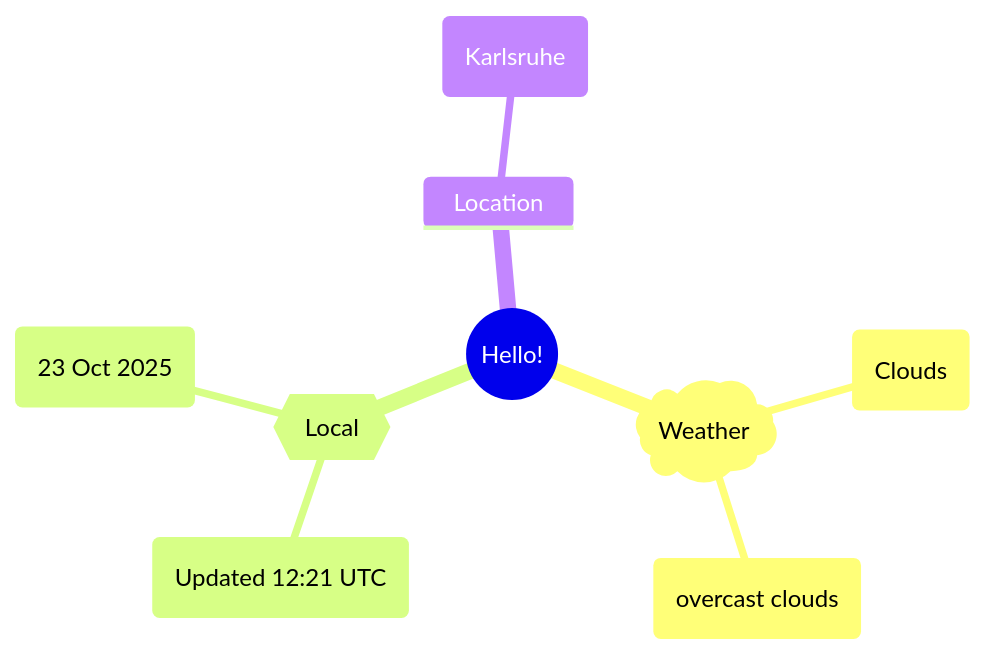
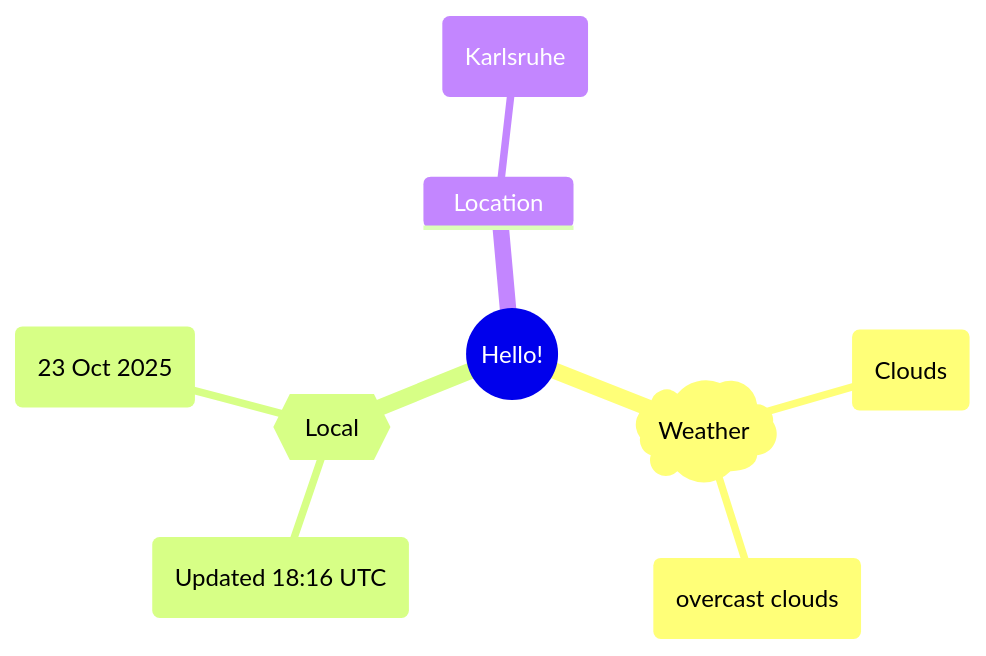
Before and after one commit to Xosrov/Xosrov: the first of 2 diagrams in README.md, drawn with Mermaid.

Commit message:
[bot] updated images

````diff
--- a/README.md
+++ b/README.md
@@ -3,12 +3,12 @@
 ```mermaid
 mindmap
   root((Hello!))
     )Weather(
         (Clouds)
         (overcast clouds)
     {{Local}}
-        (Updated 12:21 UTC)
+        (Updated 18:16 UTC)
         (23 Oct 2025)
     Location
         (Karlsruhe)
 ```
````
